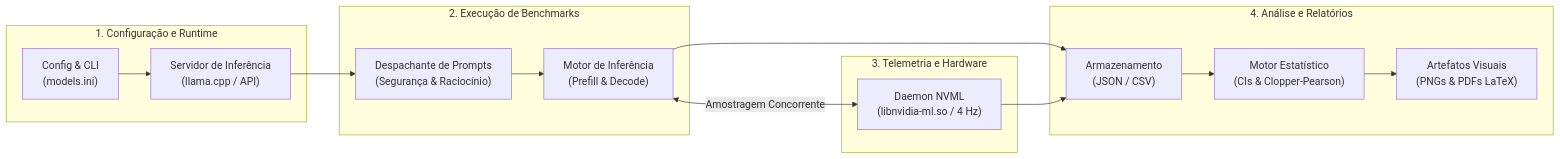
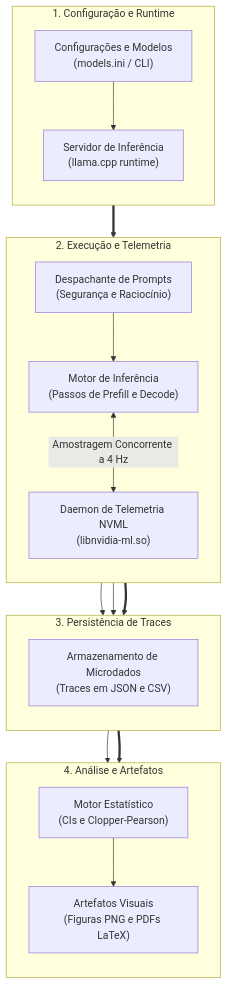
One commit to AndersonTavares0/llm-research-bench changed the diagram in README.pt-BR.md. Above: the diagram before and after it, drawn with Mermaid. The commit also changed other lines of this file and 4 other files, not shown here.

Commit message:
docs: restructure READMEs into 5-block progression, refine Pareto trade-off and Mermaid workflow

````diff
--- a/README.pt-BR.md
+++ b/README.pt-BR.md
@@ -86,24 +63,29 @@
 ```mermaid
-flowchart LR
-    subgraph G1["1. Configuração e Runtime"]
-        CFG["Config & CLI<br/>(models.ini)"] --> SRV["Servidor de Inferência<br/>(llama.cpp / API)"]
+flowchart TD
+    subgraph S1["1. Configuração e Runtime"]
+        direction TB
+        CFG["Configurações e Modelos<br/>(models.ini / CLI)"] --> RUN["Servidor de Inferência<br/>(llama.cpp runtime)"]
     end
 
-    subgraph G2["2. Execução de Benchmarks"]
-        DISP["Despachante de Prompts<br/>(Segurança & Raciocínio)"] --> INFER["Motor de Inferência<br/>(Prefill & Decode)"]
+    subgraph S2["2. Execução e Telemetria"]
+        direction TB
+        DISP["Despachante de Prompts<br/>(Segurança e Raciocínio)"] --> EXEC["Motor de Inferência<br/>(Passos de Prefill e Decode)"]
+        EXEC <-->|Amostragem Concorrente a 4 Hz| NVML["Daemon de Telemetria NVML<br/>(libnvidia-ml.so)"]
     end
 
-    subgraph G3["3. Telemetria e Hardware"]
-        NVML["Daemon NVML<br/>(libnvidia-ml.so / 4 Hz)"]
+    subgraph S3["3. Persistência de Traces"]
+        direction TB
+        EXEC --> STORE["Armazenamento de Microdados<br/>(Traces em JSON e CSV)"]
+        NVML --> STORE
     end
 
-    subgraph G4["4. Análise e Relatórios"]
-        STORE["Armazenamento<br/>(JSON / CSV)"] --> STAT["Motor Estatístico<br/>(CIs & Clopper-Pearson)"]
-        STAT --> OUT["Artefatos Visuais<br/>(PNGs & PDFs LaTeX)"]
+    subgraph S4["4. Análise e Artefatos"]
+        direction TB
+        STORE --> STAT["Motor Estatístico<br/>(CIs e Clopper-Pearson)"]
+        STAT --> OUT["Artefatos Visuais<br/>(Figuras PNG e PDFs LaTeX)"]
     end
 
-    SRV --> DISP
-    INFER <-->|Amostragem Concorrente| NVML
-    INFER --> STORE
-    NVML --> STORE
+    S1 ==> S2
+    S2 ==> S3
+    S3 ==> S4
 ```
````
